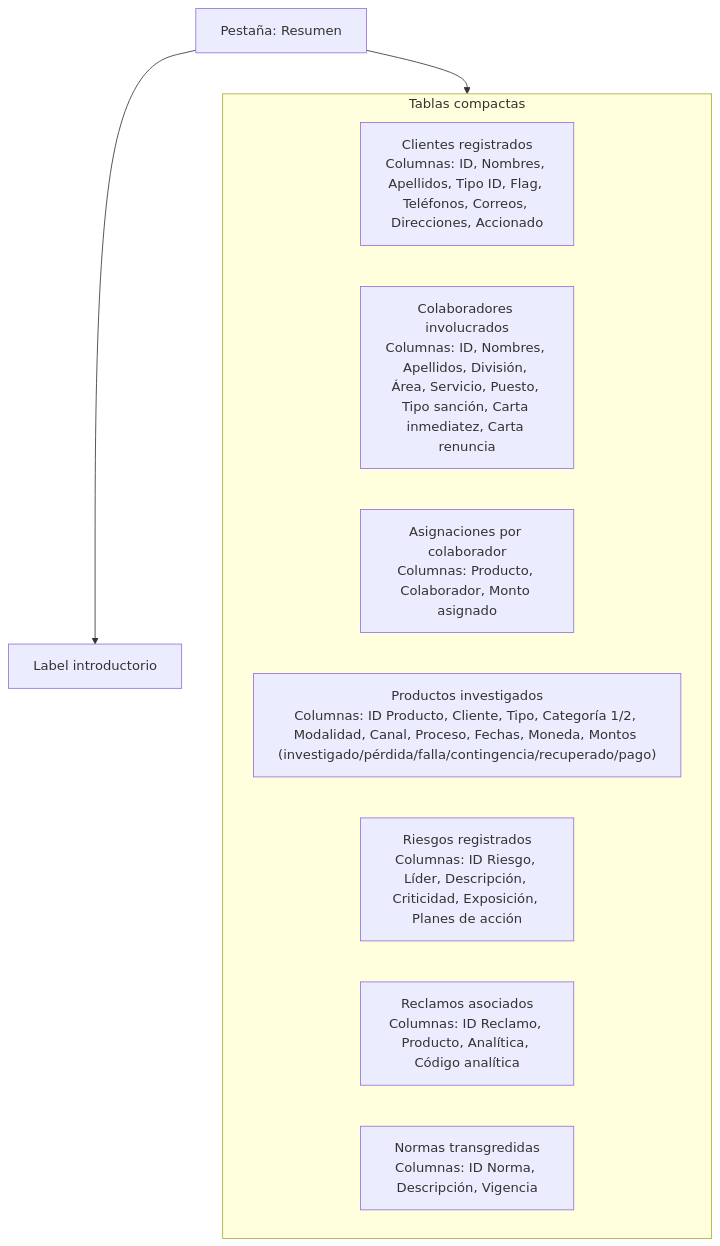
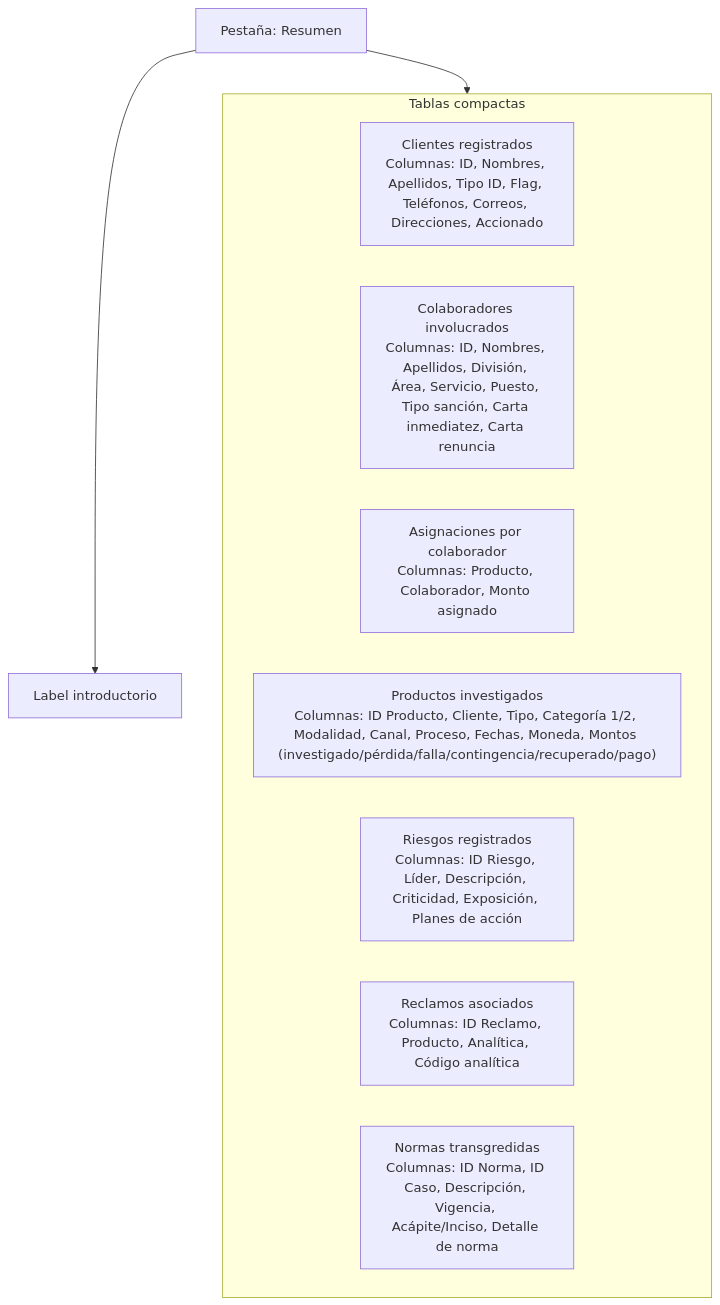
One commit to PillB/Formulario_investigacion changed the diagram in wireframes/tab06_resumen.mmd. Above: the diagram before and after it, drawn with Mermaid. The commit also changed 3 other files, not shown here.

```diff
--- a/wireframes/tab06_resumen.mmd
+++ b/wireframes/tab06_resumen.mmd
@@ -1,15 +1,15 @@
 flowchart TB
     tab["Pestaña: Resumen"]
     intro["Label introductorio"]
     tab --> intro
 
     subgraph tablas["Tablas compactas"]
         clientes["Clientes registrados\nColumnas: ID, Nombres, Apellidos, Tipo ID, Flag, Teléfonos, Correos, Direcciones, Accionado"]
         colaboradores["Colaboradores involucrados\nColumnas: ID, Nombres, Apellidos, División, Área, Servicio, Puesto, Tipo sanción, Carta inmediatez, Carta renuncia"]
         involucramientos["Asignaciones por colaborador\nColumnas: Producto, Colaborador, Monto asignado"]
         productos["Productos investigados\nColumnas: ID Producto, Cliente, Tipo, Categoría 1/2, Modalidad, Canal, Proceso, Fechas, Moneda, Montos (investigado/pérdida/falla/contingencia/recuperado/pago)"]
         riesgos["Riesgos registrados\nColumnas: ID Riesgo, Líder, Descripción, Criticidad, Exposición, Planes de acción"]
         reclamos["Reclamos asociados\nColumnas: ID Reclamo, Producto, Analítica, Código analítica"]
-        normas["Normas transgredidas\nColumnas: ID Norma, Descripción, Vigencia"]
+        normas["Normas transgredidas\nColumnas: ID Norma, ID Caso, Descripción, Vigencia, Acápite/Inciso, Detalle de norma"]
     end
     tab --> tablas
```
